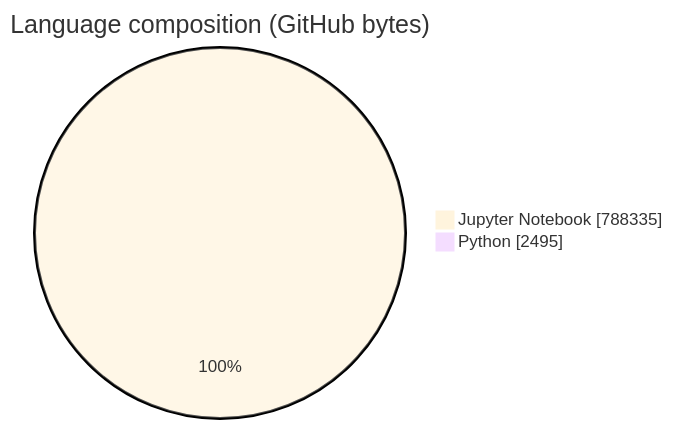
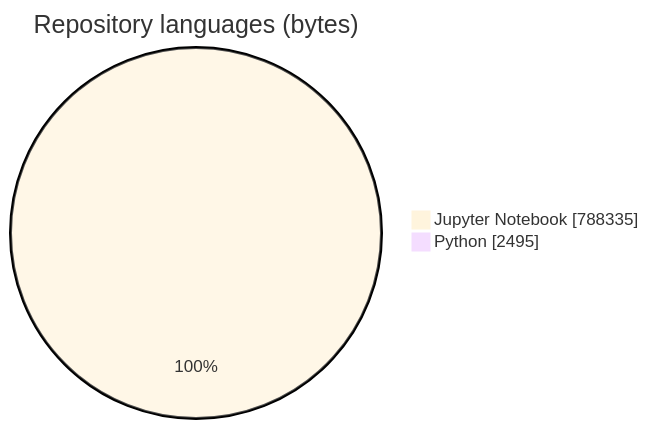
The eighth of 9 diagrams in README.md (ArchanaChetan07/Metro-Interstate-Traffic-Volume-Forecasting), drawn with Mermaid before and after one commit. The commit also changed other lines of this file, not shown here.

Commit message:
docs: elevate README for ML portfolio visibility (diagrams, metrics preserved)

````diff
--- a/README.md
+++ b/README.md
@@ -196,6 +197,6 @@
 ```mermaid
 %%{init: {'theme':'base'}}%%
-pie showData title Language composition (GitHub bytes)
+pie showData title Repository languages (bytes)
     "Jupyter Notebook" : 788335
     "Python" : 2495
 ```
````
